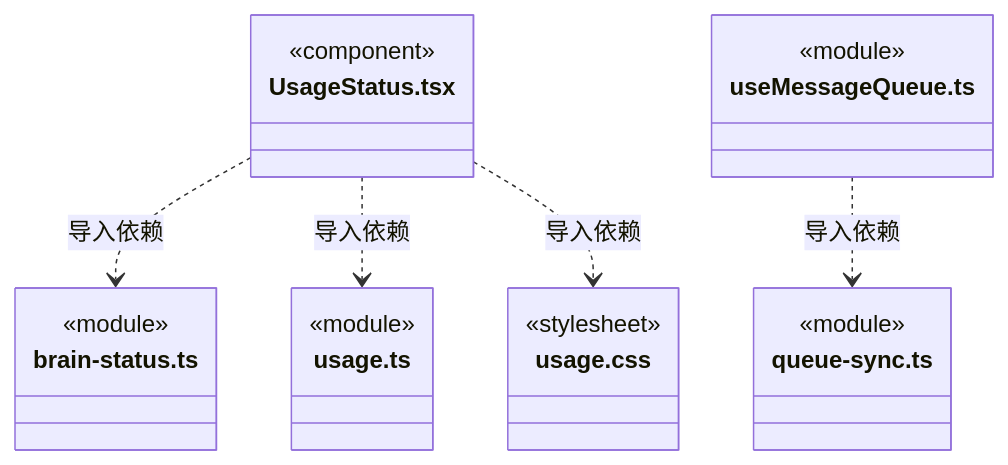
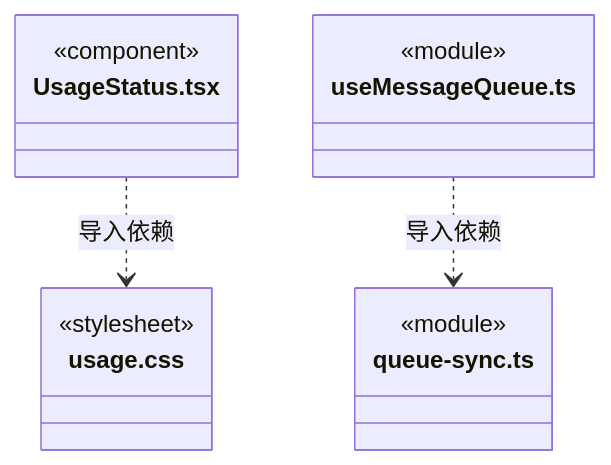
Diagram 49 of 51 in src/view/conversation/ARCHITECTURE.md (nan023062/cbim), drawn with Mermaid before and after one commit. The commit also changed other lines of this file and 87 other files, not shown here.

````diff
--- a/src/view/conversation/ARCHITECTURE.md
+++ b/src/view/conversation/ARCHITECTURE.md
@@ -799,25 +796,17 @@
 ```mermaid
 classDiagram
 class N_src_view_conversation_UsageStatus_tsx["UsageStatus.tsx"] {
   <<component>>
-}
-class N_src_view_conversation_brain_status_ts["brain-status.ts"] {
-  <<module>>
-}
-class N_src_view_conversation_usage_ts["usage.ts"] {
-  <<module>>
 }
 class N_src_view_conversation_usage_css["usage.css"] {
   <<stylesheet>>
 }
 class N_src_view_conversation_useMessageQueue_ts["useMessageQueue.ts"] {
   <<module>>
 }
 class N_src_view_conversation_queue_sync_ts["queue-sync.ts"] {
   <<module>>
 }
-N_src_view_conversation_UsageStatus_tsx ..> N_src_view_conversation_brain_status_ts : 导入依赖
-N_src_view_conversation_UsageStatus_tsx ..> N_src_view_conversation_usage_ts : 导入依赖
 N_src_view_conversation_UsageStatus_tsx ..> N_src_view_conversation_usage_css : 导入依赖
 N_src_view_conversation_useMessageQueue_ts ..> N_src_view_conversation_queue_sync_ts : 导入依赖
 ```
````
